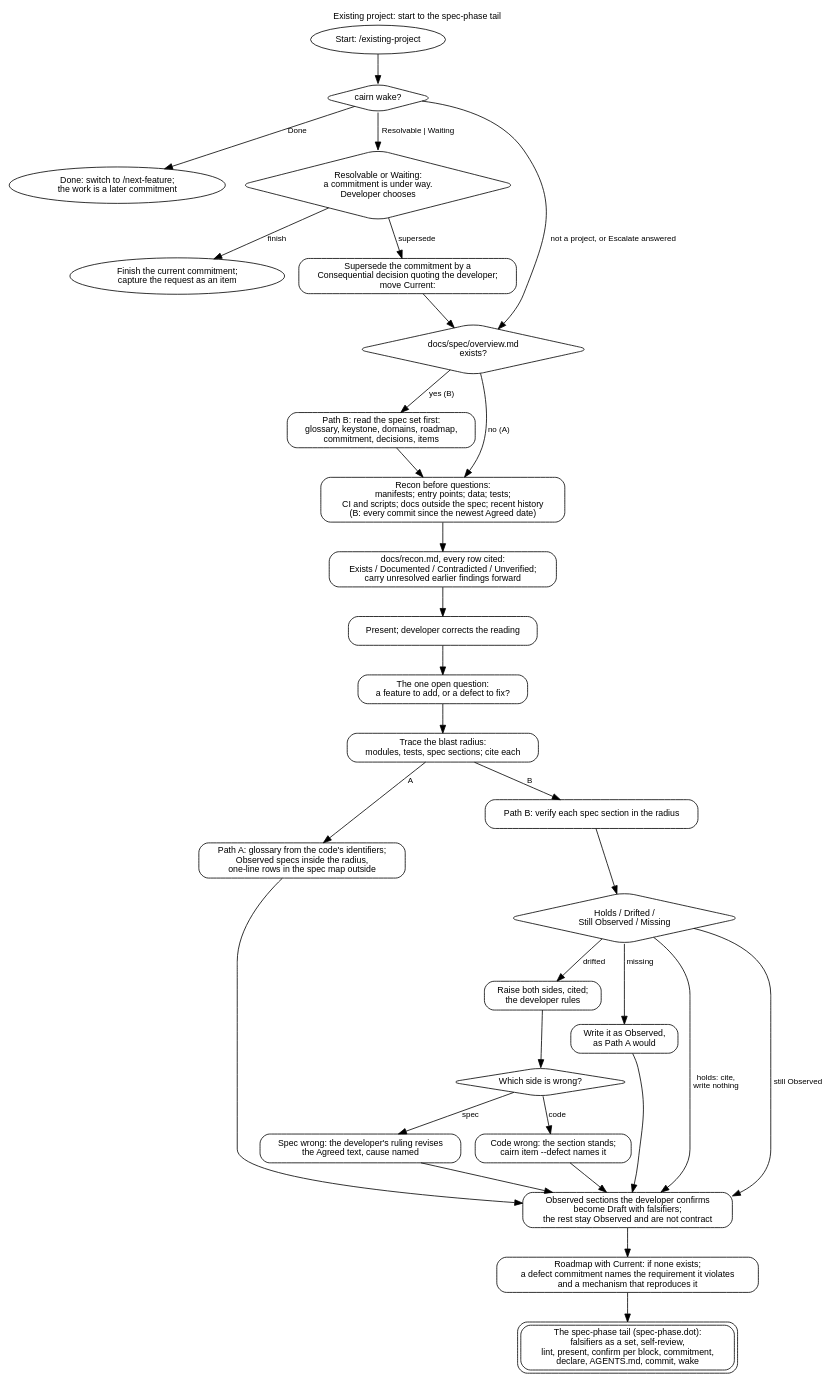
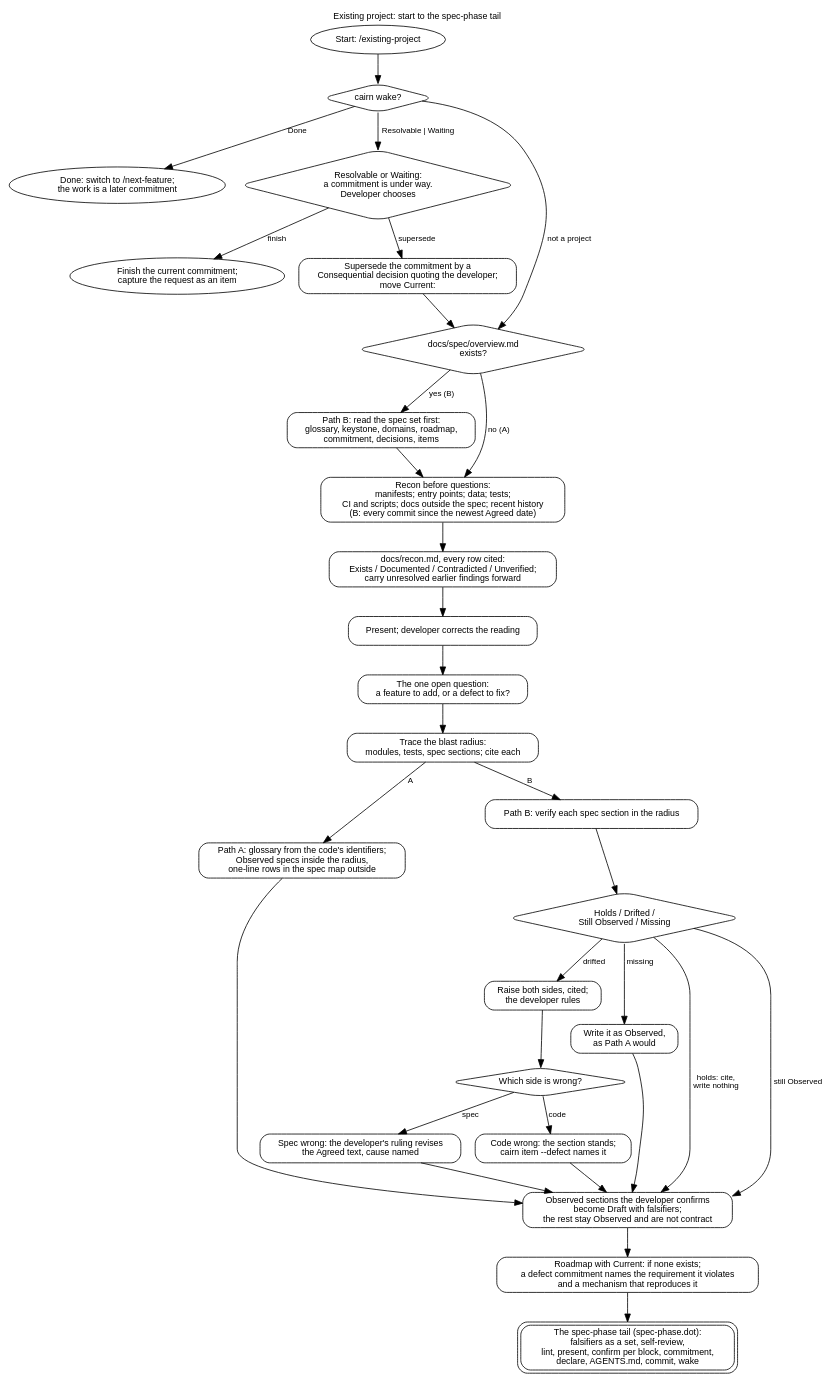
One commit to eas4ai/cairn changed the diagram in docs/diagrams/existing-project.dot. Above: the diagram before and after it, drawn with Graphviz. The commit also changed 5 other files, not shown here.

```diff
--- a/docs/diagrams/existing-project.dot
+++ b/docs/diagrams/existing-project.dot
@@ -1,57 +1,57 @@
 // Existing project: from a codebase Cairn has not specified, or one whose spec drifted, to the spec-phase tail.
 digraph existing_project {
   rankdir=TB;
   graph [fontname="Helvetica", fontsize=11, labelloc=t, label="Existing project: start to the spec-phase tail"];
   node  [shape=box, style=rounded, fontname="Helvetica", fontsize=11];
   edge  [fontname="Helvetica", fontsize=10];
 
   start [shape=oval, label="Start: /existing-project"];
   wake [shape=diamond, label="cairn wake?"];
   tonext [shape=oval, label="Done: switch to /next-feature;\nthe work is a later commitment"];
   midway [shape=diamond, label="Resolvable or Waiting:\na commitment is under way.\nDeveloper chooses"];
   finish [shape=oval, label="Finish the current commitment;\ncapture the request as an item"];
   supersede_c [label="Supersede the commitment by a\nConsequential decision quoting the developer;\nmove Current:"];
   hasspec [shape=diamond, label="docs/spec/overview.md\nexists?"];
   readspec [label="Path B: read the spec set first:\nglossary, keystone, domains, roadmap,\ncommitment, decisions, items"];
   recon [label="Recon before questions:\nmanifests; entry points; data; tests;\nCI and scripts; docs outside the spec; recent history\n(B: every commit since the newest Agreed date)"];
   report [label="docs/recon.md, every row cited:\nExists / Documented / Contradicted / Unverified;\ncarry unresolved earlier findings forward"];
   corrects [label="Present; developer corrects the reading"];
   ask [label="The one open question:\na feature to add, or a defect to fix?"];
   radius [label="Trace the blast radius:\nmodules, tests, spec sections; cite each"];
   pathA [label="Path A: glossary from the code's identifiers;\nObserved specs inside the radius,\none-line rows in the spec map outside"];
   pathB [label="Path B: verify each spec section in the radius"];
   verdict [shape=diamond, label="Holds / Drifted /\nStill Observed / Missing"];
   drift [label="Raise both sides, cited;\nthe developer rules"];
   rule [shape=diamond, label="Which side is wrong?"];
   specwrong [label="Spec wrong: the developer's ruling revises\nthe Agreed text, cause named"];
   codewrong [label="Code wrong: the section stands;\ncairn item --defect names it"];
   missing [label="Write it as Observed,\nas Path A would"];
   confirm [label="Observed sections the developer confirms\nbecome Draft with falsifiers;\nthe rest stay Observed and are not contract"];
   roadmap [label="Roadmap with Current: if none exists;\na defect commitment names the requirement it violates\nand a mechanism that reproduces it"];
   tail [shape=box, peripheries=2, label="The spec-phase tail (spec-phase.dot):\nfalsifiers as a set, self-review,\nlint, present, confirm per block, commitment,\ndeclare, AGENTS.md, commit, wake"];
 
   start -> wake;
   wake -> tonext [label="Done"];
   wake -> midway [label="Resolvable | Waiting"];
-  wake -> hasspec [label="not a project, or Escalate answered"];
+  wake -> hasspec [label="not a project"];
   midway -> finish [label="finish"];
   midway -> supersede_c [label="supersede"];
   supersede_c -> hasspec;
   hasspec -> readspec [label="yes (B)"];
   hasspec -> recon [label="no (A)"];
   readspec -> recon;
   recon -> report -> corrects -> ask -> radius;
   radius -> pathA [label="A"];
   radius -> pathB [label="B"];
   pathB -> verdict;
   verdict -> confirm [label="holds: cite,\nwrite nothing"];
   verdict -> drift [label="drifted"];
   verdict -> confirm [label="still Observed"];
   verdict -> missing [label="missing"];
   drift -> rule;
   rule -> specwrong [label="spec"];
   rule -> codewrong [label="code"];
   specwrong -> confirm; codewrong -> confirm; missing -> confirm;
   pathA -> confirm;
   confirm -> roadmap -> tail;
 }
```
